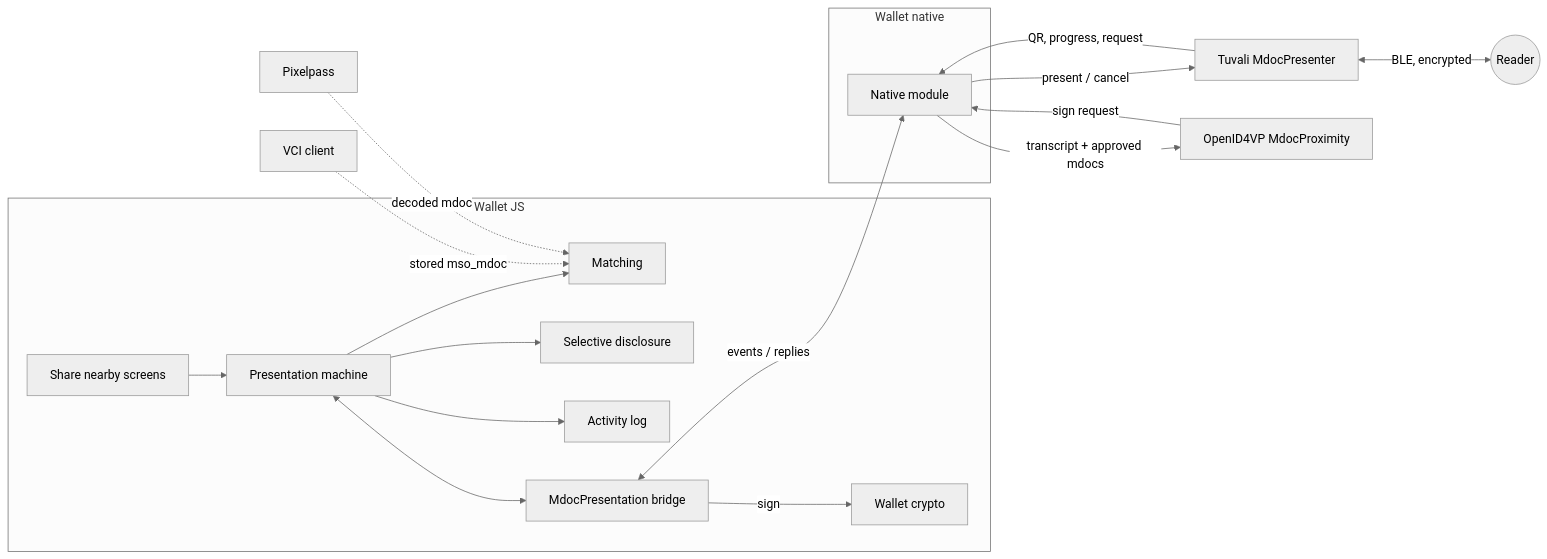
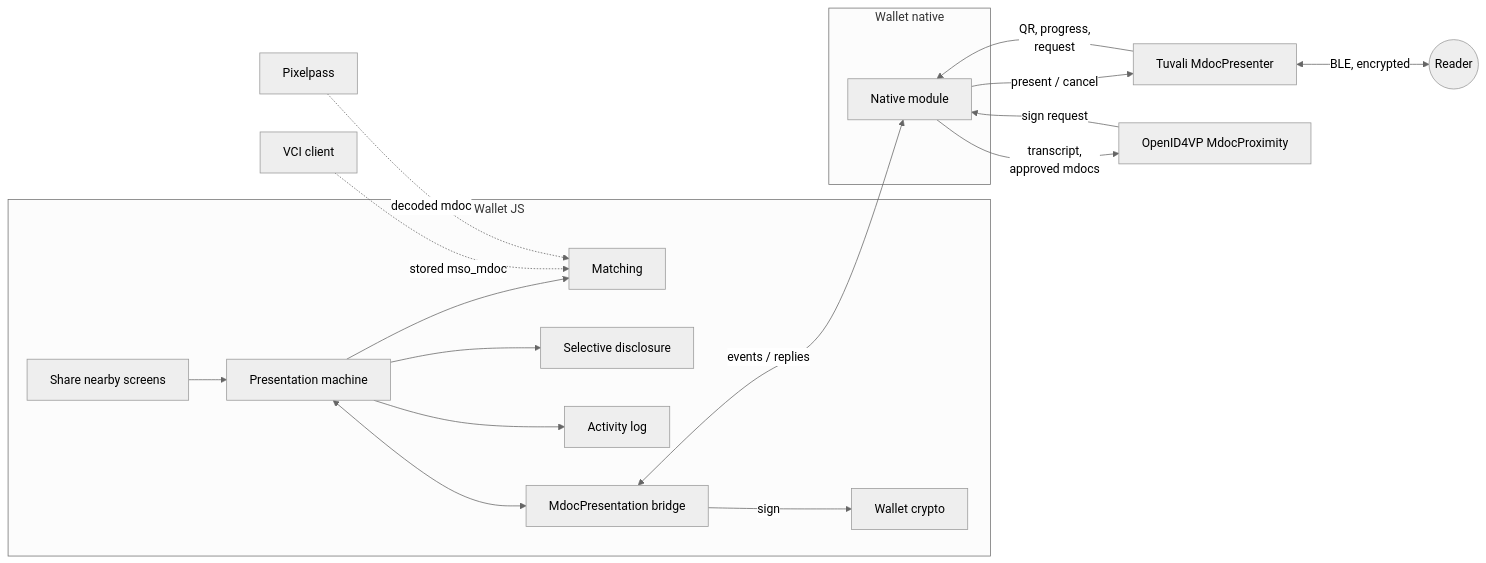
The first of 2 diagrams in docs/mdoc-proximity-design.md (inji/inji-wallet), drawn with Mermaid (neutral theme) before and after one commit. The commit also changed other lines of this file, not shown here.

Commit message:
docs(mdoc): address design review comments

````diff
--- a/docs/mdoc-proximity-design.md
+++ b/docs/mdoc-proximity-design.md
@@ -29,24 +32,24 @@
 ```mermaid
 flowchart LR
     subgraph Wallet JS
         UI[Share nearby screens] --> PM[Presentation machine]
         PM --> M[Matching]
         PM --> SD[Selective disclosure]
         PM --> H[Activity log]
         Bridge[MdocPresentation bridge]
         Crypto[Wallet crypto]
     end
     subgraph Wallet native
         NM[Native module]
     end
     PM <--> Bridge
     Bridge <-- events / replies --> NM
     NM -- present / cancel --> T[Tuvali MdocPresenter]
-    T -- QR, progress, request --> NM
-    NM -- transcript + approved mdocs --> O[OpenID4VP MdocProximity]
+    T -- QR, progress,<br/>request --> NM
+    NM -- transcript,<br/>approved mdocs --> O[OpenID4VP MdocProximity]
     O -- sign request --> NM
     Bridge -- sign --> Crypto
     T <-- BLE, encrypted --> R((Reader))
     VCI[VCI client] -. stored mso_mdoc .-> M
     PP[Pixelpass] -. decoded mdoc .-> M
 ```
````
